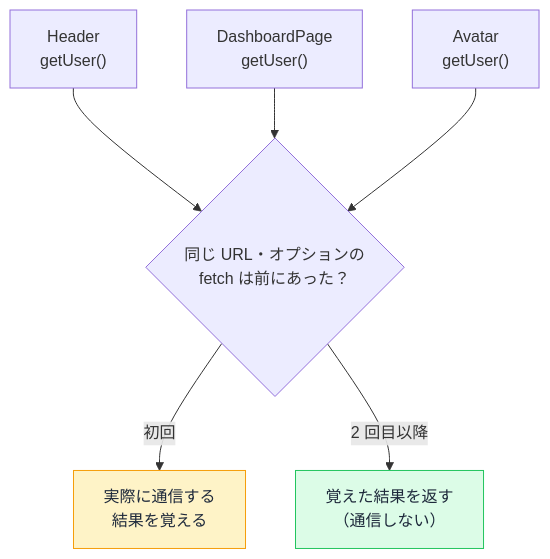
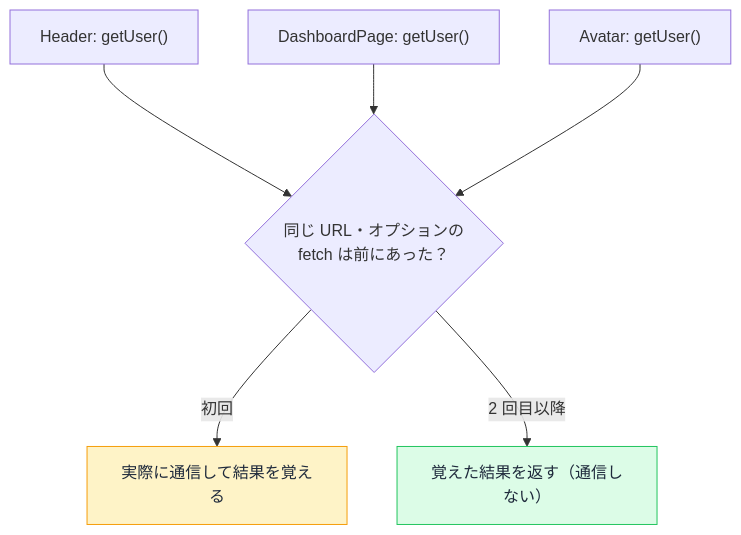
Before and after one commit to ozaki25/web-front-training-ozaki25: the diagram in docs/lessons/day29/index.md, drawn with Mermaid.

Commit message:
Day 29: メモ化の図の文字切れを解消 (#46)

````diff
--- a/docs/lessons/day29/index.md
+++ b/docs/lessons/day29/index.md
@@ -86,10 +86,10 @@
 ```mermaid
 flowchart TD
-  H["Header<br>getUser()"] --> M{"同じ URL・オプションの<br>fetch は前にあった？"}
-  P["DashboardPage<br>getUser()"] --> M
-  A["Avatar<br>getUser()"] --> M
-  M -- "初回" --> N["実際に通信する<br>結果を覚える"]
-  M -- "2 回目以降" --> C["覚えた結果を返す<br>（通信しない）"]
+  H["Header: getUser()"] --> M{"同じ URL・オプションの<br>fetch は前にあった？"}
+  P["DashboardPage: getUser()"] --> M
+  A["Avatar: getUser()"] --> M
+  M -- "初回" --> N["実際に通信して結果を覚える"]
+  M -- "2 回目以降" --> C["覚えた結果を返す（通信しない）"]
   style N fill:#fef3c7,color:#1e293b,stroke:#f59e0b
   style C fill:#dcfce7,color:#1e293b,stroke:#22c55e
 ```
````
